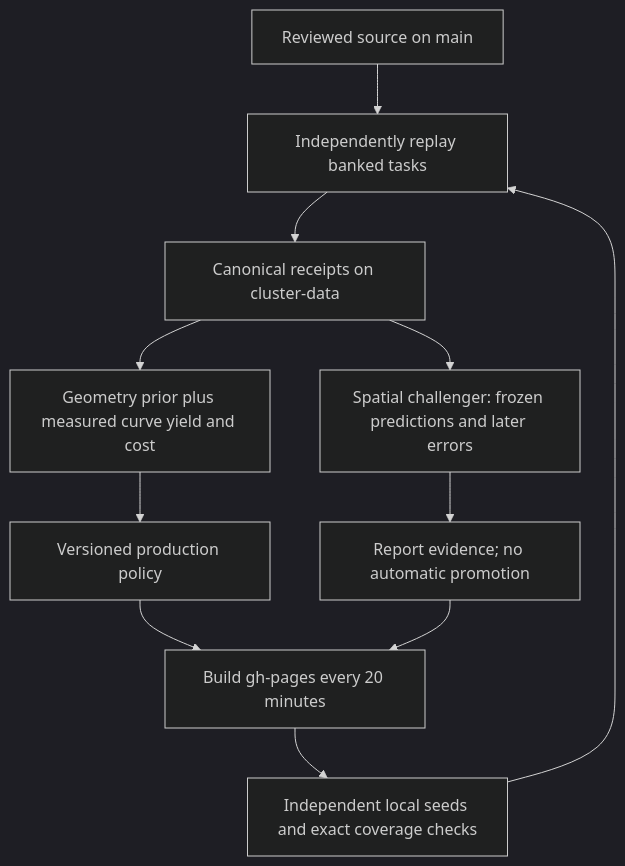
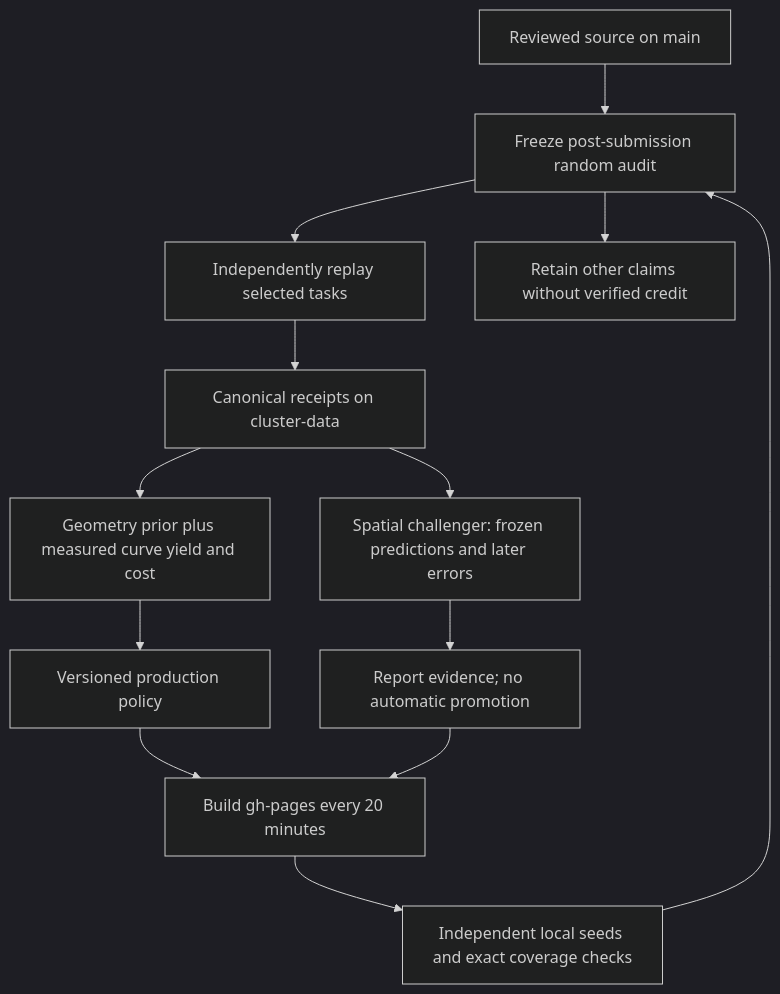
The diagram in README.md (Kuberwastaken/math-gambling), drawn with Mermaid (dark theme) before and after one commit. The commit also changed other lines of this file and 12 other files, not shown here.

Commit message:
Sample eligible negative banks without granting unverified credit or coverage

````diff
--- a/README.md
+++ b/README.md
@@ -43,13 +43,15 @@
 ```mermaid
 flowchart TD
-    Source[Reviewed source on main] --> Replay[Independently replay banked tasks]
+    Source[Reviewed source on main] --> Audit[Freeze post-submission random audit]
+    Audit --> Replay[Independently replay selected tasks]
+    Audit --> Claims[Retain other claims without verified credit]
     Replay --> Ledger[Canonical receipts on cluster-data]
     Ledger --> Geometry[Geometry prior plus measured curve yield and cost]
     Ledger --> Shadow[Spatial challenger: frozen predictions and later errors]
     Geometry --> Policy[Versioned production policy]
     Shadow --> Evidence[Report evidence; no automatic promotion]
     Policy --> Pages[Build gh-pages every 20 minutes]
     Evidence --> Pages
     Pages --> Clients[Independent local seeds and exact coverage checks]
-    Clients --> Replay
+    Clients --> Audit
 ```
````
